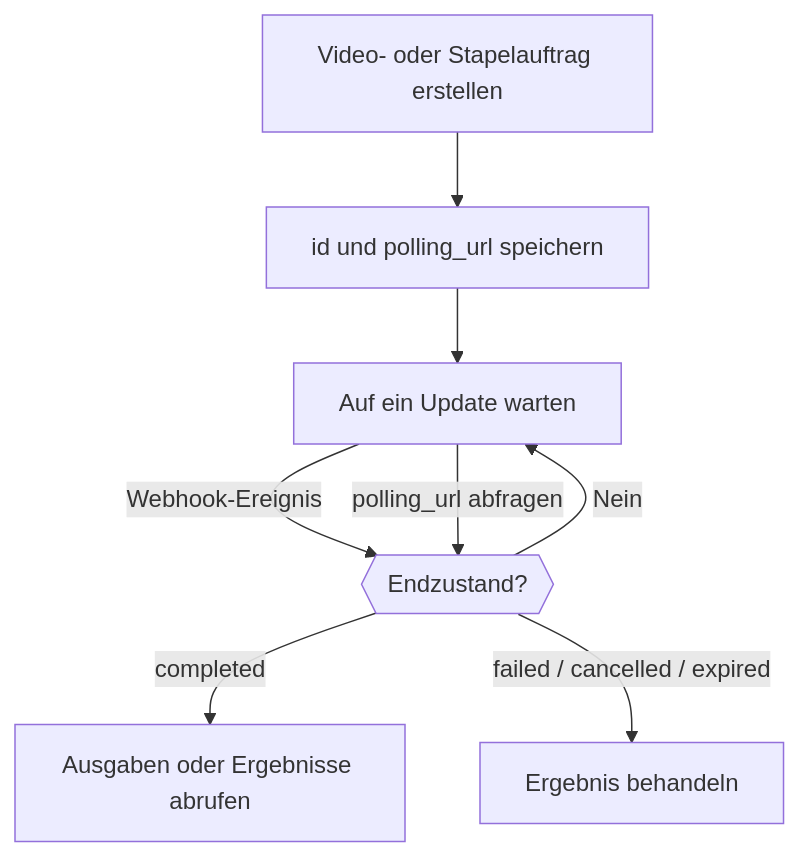
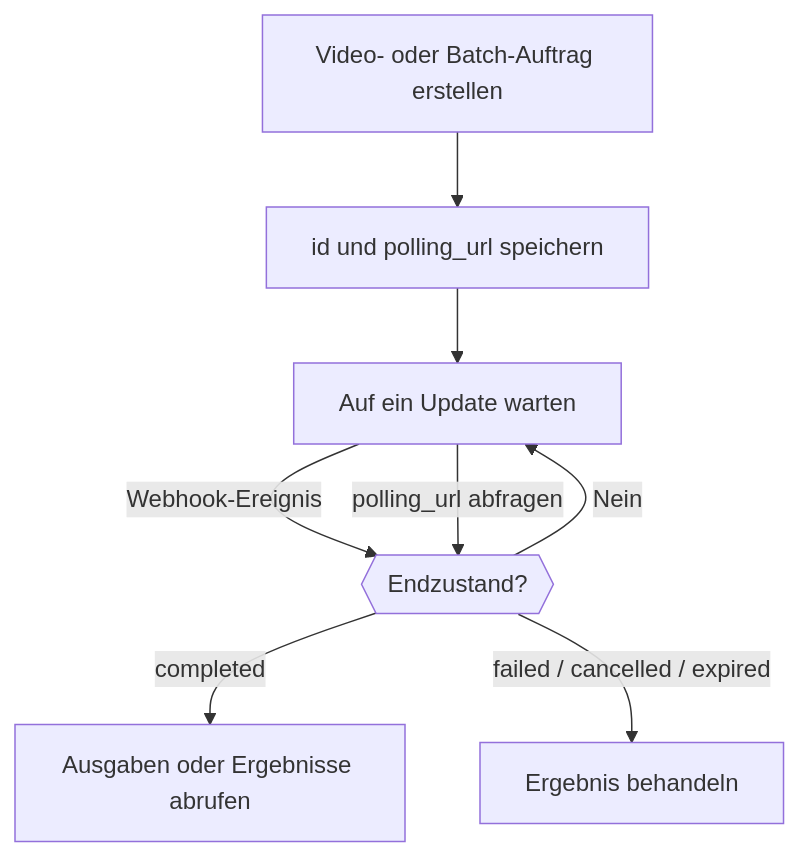
One commit to phaseoteam/Phaseo changed the diagram in apps/docs/de/v1/guides/async-video-and-batch.mdx. Above: the diagram before and after it, drawn with Mermaid. The commit also changed other lines of this file and 3793 other files, not shown here.

````diff
--- a/apps/docs/de/v1/guides/async-video-and-batch.mdx
+++ b/apps/docs/de/v1/guides/async-video-and-batch.mdx
@@ -39,10 +14,10 @@
 ```mermaid
 flowchart TD
-  newJob["Video- oder Stapelauftrag erstellen"] --> store["id und polling_url speichern"]
+  newJob["Video- oder Batch-Auftrag erstellen"] --> store["id und polling_url speichern"]
   store --> waiting["Auf ein Update warten"]
   waiting -->|"Webhook-Ereignis"| terminal{{"Endzustand?"}}
   waiting -->|"polling_url abfragen"| terminal
   terminal -->|"Nein"| waiting
   terminal -->|"completed"| fetchOut["Ausgaben oder Ergebnisse abrufen"]
   terminal -->|"failed / cancelled / expired"| outcome["Ergebnis behandeln"]
 ```
````
